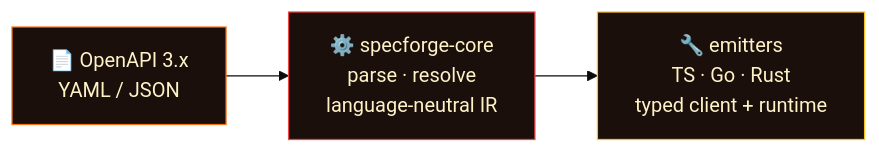
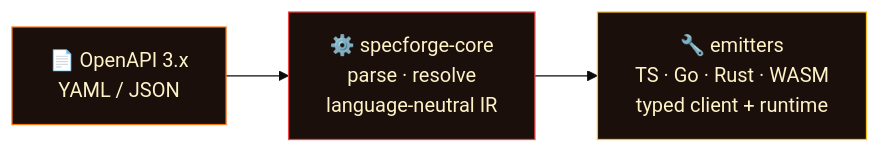
The first of 2 diagrams in README.md (amafjarkasi/specforge-openapi-sdk-codegen), drawn with Mermaid (base theme) before and after one commit. The commit also changed other lines of this file and 4 other files, not shown here.

First line of the commit message:
docs: add WASM to README — badges, runtime matrix, architecture, layouts

````diff
--- a/README.md
+++ b/README.md
@@ -35,9 +36,9 @@
 ```mermaid
 graph LR
     A["📄 OpenAPI 3.x<br/>YAML / JSON"] --> B["⚙️ specforge-core<br/>parse · resolve<br/>language-neutral IR"]
-    B --> C["🔧 emitters<br/>TS · Go · Rust<br/>typed client + runtime"]
+    B --> C["🔧 emitters<br/>TS · Go · Rust · WASM<br/>typed client + runtime"]
 
     style A fill:#1a0f0a,stroke:#f97316,color:#fef3c7
     style B fill:#1a0f0a,stroke:#ef4444,color:#fef3c7
     style C fill:#1a0f0a,stroke:#fbbf24,color:#fef3c7
 ```
````
